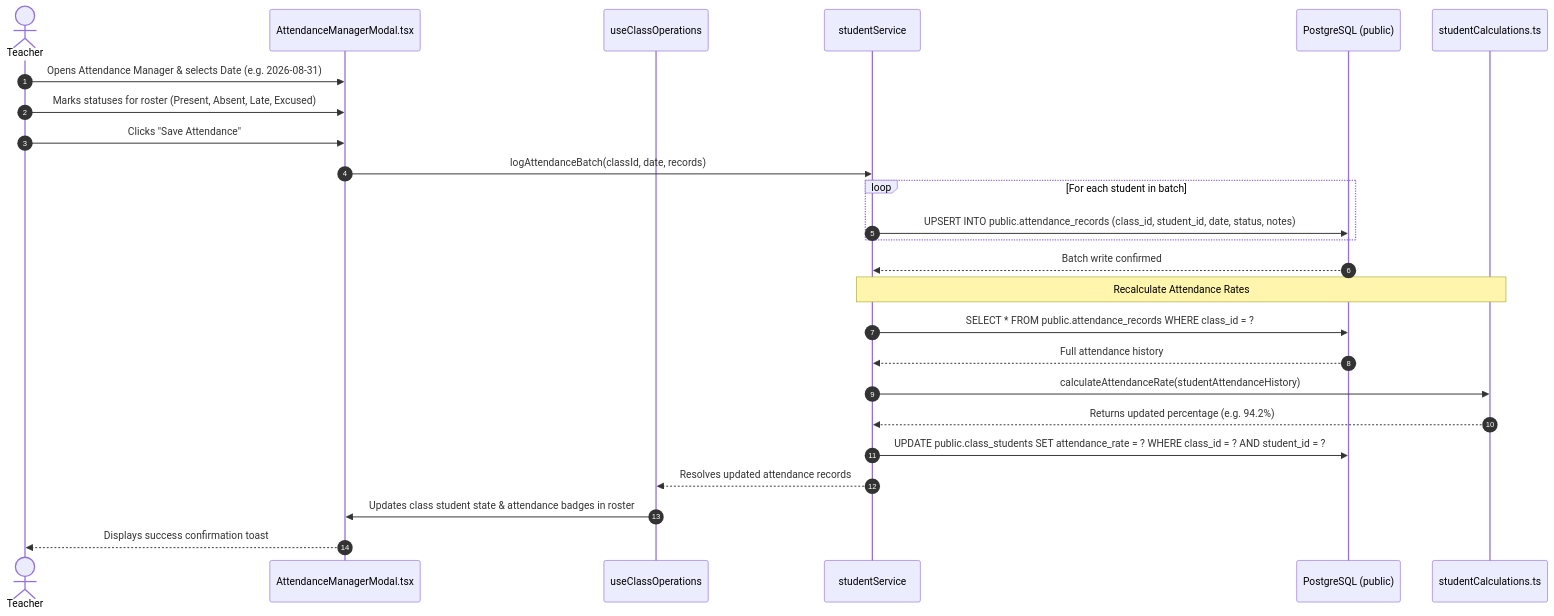
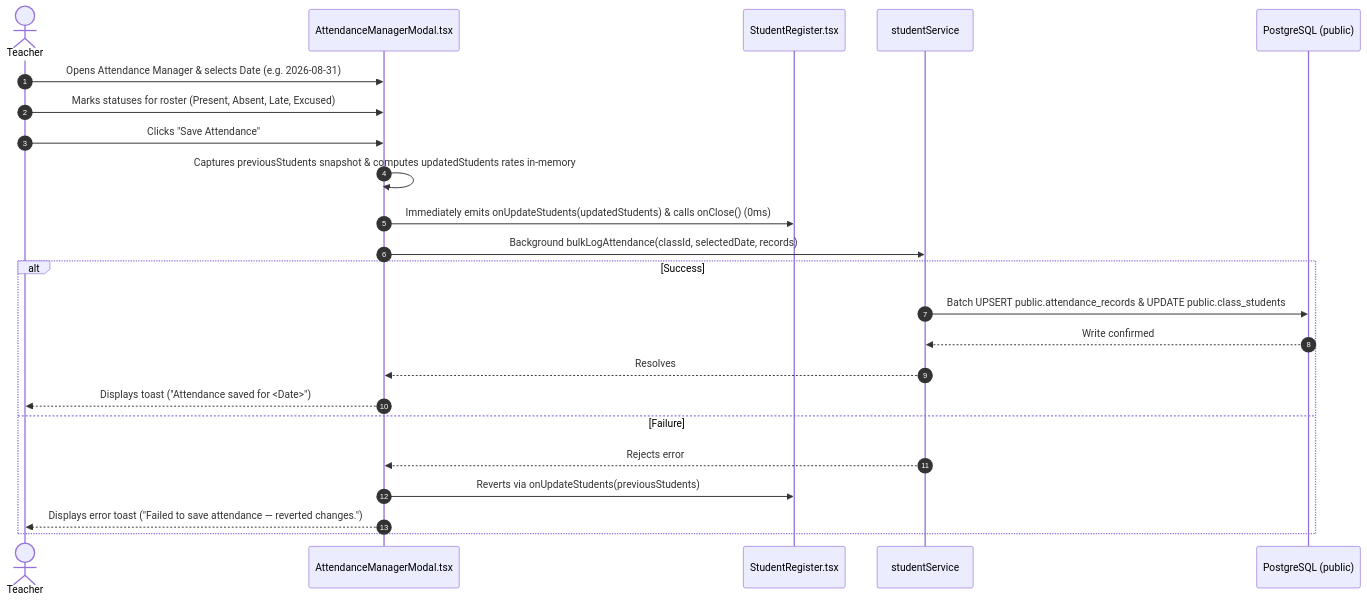
One commit to VictorBravo9er/Teacher-Assistant-Workspace changed the second of 4 diagrams in systems/workflows/student_roster_workflows.md. Above: the diagram before and after it, drawn with Mermaid. The commit also changed other lines of this file and 32 other files, not shown here.

````diff
--- a/systems/workflows/student_roster_workflows.md
+++ b/systems/workflows/student_roster_workflows.md
@@ -55,33 +58,26 @@
 ```mermaid
 sequenceDiagram
     autonumber
     actor Teacher as Teacher
     participant UI as AttendanceManagerModal.tsx
-    participant Hook as useClassOperations
+    participant Reg as StudentRegister.tsx
     participant Svc as studentService
     participant DB as PostgreSQL (public)
-    participant Calc as studentCalculations.ts
 
     Teacher->>UI: Opens Attendance Manager & selects Date (e.g. 2026-08-31)
     Teacher->>UI: Marks statuses for roster (Present, Absent, Late, Excused)
     Teacher->>UI: Clicks "Save Attendance"
-    UI->>Svc: logAttendanceBatch(classId, date, records)
-    
-    loop For each student in batch
-        Svc->>DB: UPSERT INTO public.attendance_records (class_id, student_id, date, status, notes)
+    UI->>UI: Captures previousStudents snapshot & computes updatedStudents rates in-memory
+    UI->>Reg: Immediately emits onUpdateStudents(updatedStudents) & calls onClose() (0ms)
+    UI->>Svc: Background bulkLogAttendance(classId, selectedDate, records)
+    alt Success
+        Svc->>DB: Batch UPSERT public.attendance_records & UPDATE public.class_students
+        DB-->>Svc: Write confirmed
+        Svc-->>UI: Resolves
+        UI-->>Teacher: Displays toast ("Attendance saved for <Date>")
+    else Failure
+        Svc-->>UI: Rejects error
+        UI->>Reg: Reverts via onUpdateStudents(previousStudents)
+        UI-->>Teacher: Displays error toast ("Failed to save attendance — reverted changes.")
     end
-    
-    DB-->>Svc: Batch write confirmed
-    
-    Note over Svc,Calc: Recalculate Attendance Rates
-    Svc->>DB: SELECT * FROM public.attendance_records WHERE class_id = ?
-    DB-->>Svc: Full attendance history
-    Svc->>Calc: calculateAttendanceRate(studentAttendanceHistory)
-    Calc-->>Svc: Returns updated percentage (e.g. 94.2%)
-    
-    Svc->>DB: UPDATE public.class_students SET attendance_rate = ? WHERE class_id = ? AND student_id = ?
-    
-    Svc-->>Hook: Resolves updated attendance records
-    Hook->>UI: Updates class student state & attendance badges in roster
-    UI-->>Teacher: Displays success confirmation toast
 ```
````
